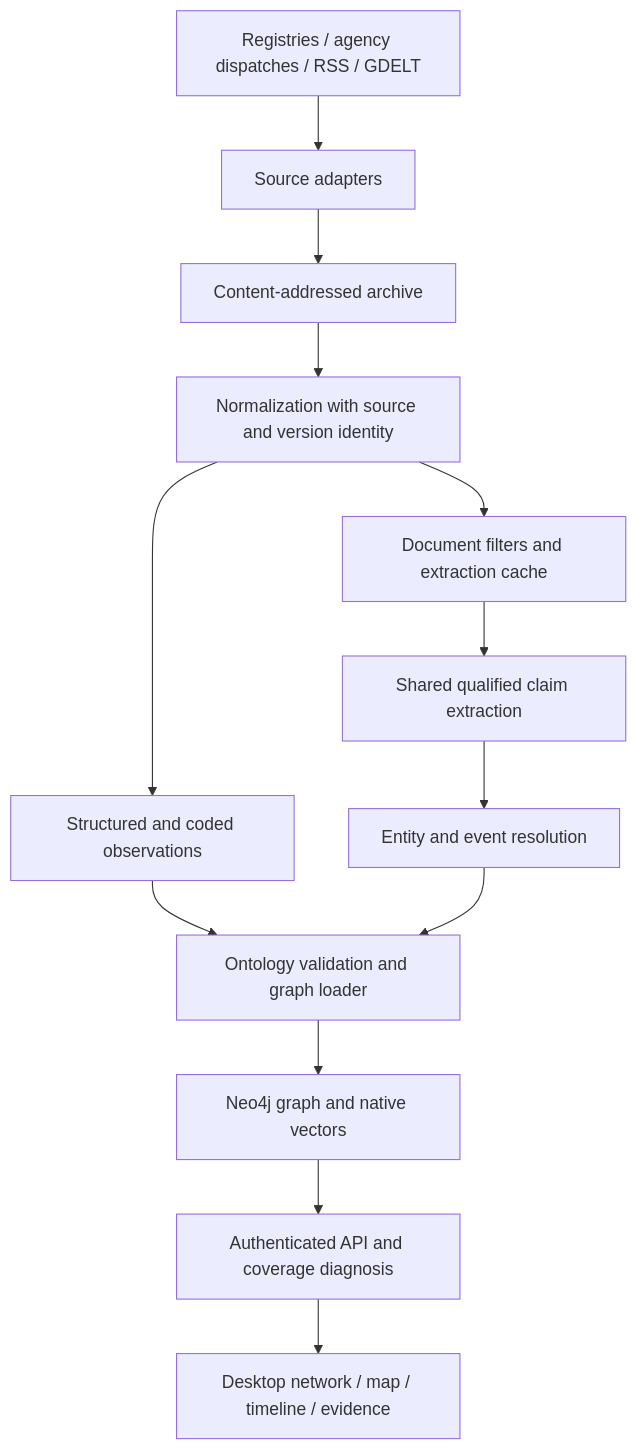
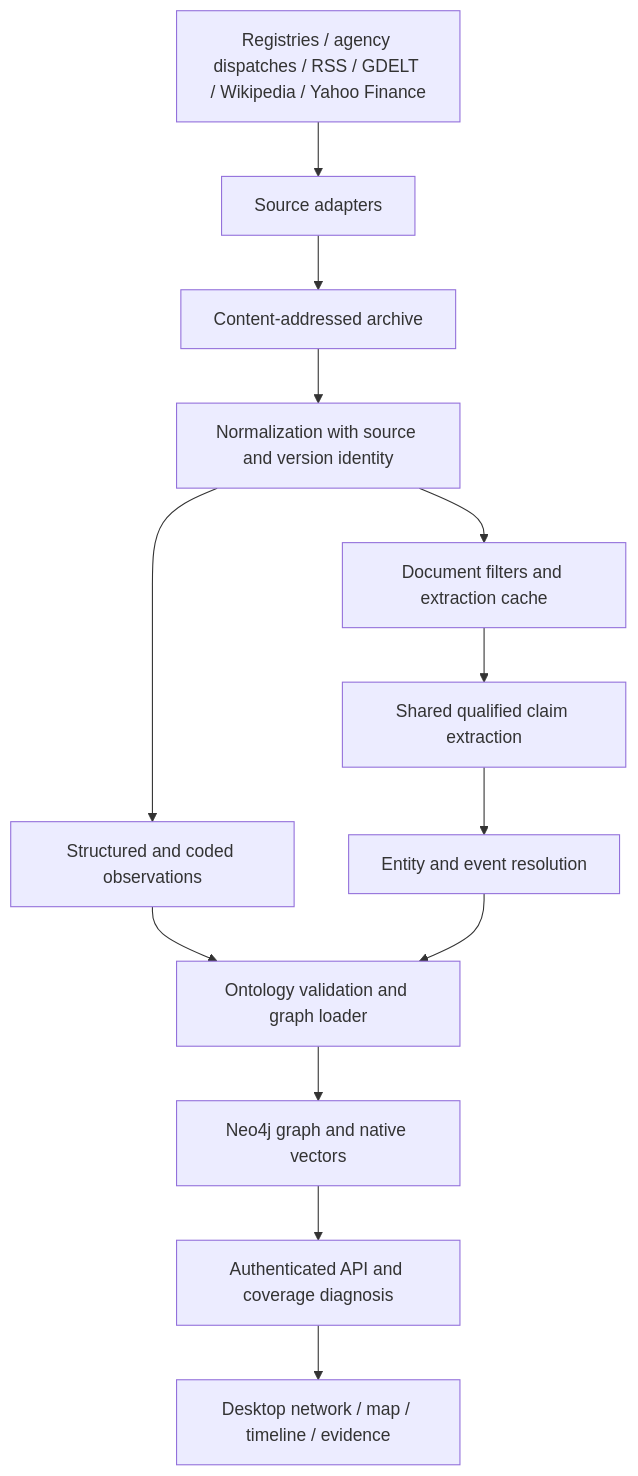
Before and after one commit to playa77/limes: the diagram in docs/LIMES_Design_Document_v2.0.0.md, drawn with Mermaid. The commit also changed other lines of this file and 10 other files, not shown here.

Commit message:
docs: plan Wikipedia and Yahoo Finance entity enrichment

````diff
--- a/docs/LIMES_Design_Document_v2.0.0.md
+++ b/docs/LIMES_Design_Document_v2.0.0.md
@@ -160,15 +169,15 @@
 ```mermaid
 flowchart TD
-    S[Registries / agency dispatches / RSS / GDELT] --> A[Source adapters]
+    S[Registries / agency dispatches / RSS / GDELT / Wikipedia / Yahoo Finance] --> A[Source adapters]
     A --> R[Content-addressed archive]
     R --> N[Normalization with source and version identity]
     N --> C[Structured and coded observations]
     N --> G[Document filters and extraction cache]
     G --> X[Shared qualified claim extraction]
     X --> E[Entity and event resolution]
     C --> L[Ontology validation and graph loader]
     E --> L
     L --> DB[Neo4j graph and native vectors]
     DB --> API[Authenticated API and coverage diagnosis]
     API --> UI[Desktop network / map / timeline / evidence]
 ```
````
